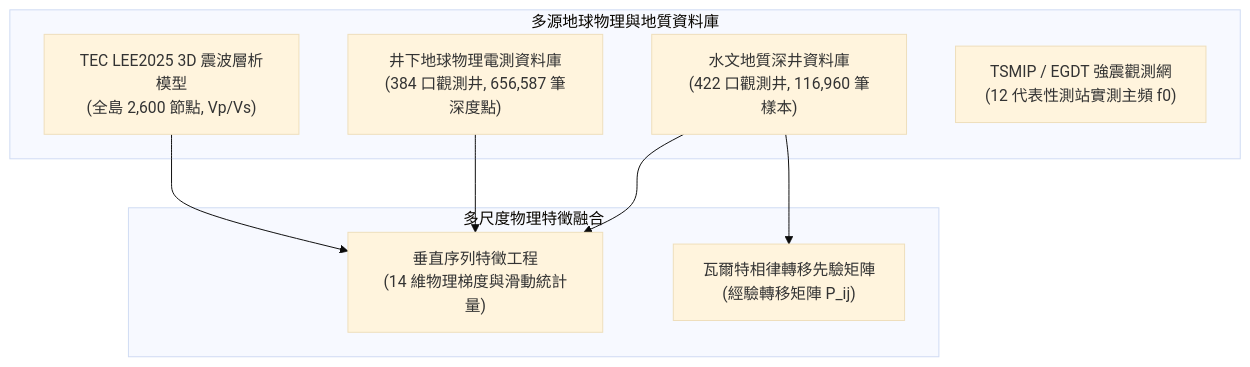
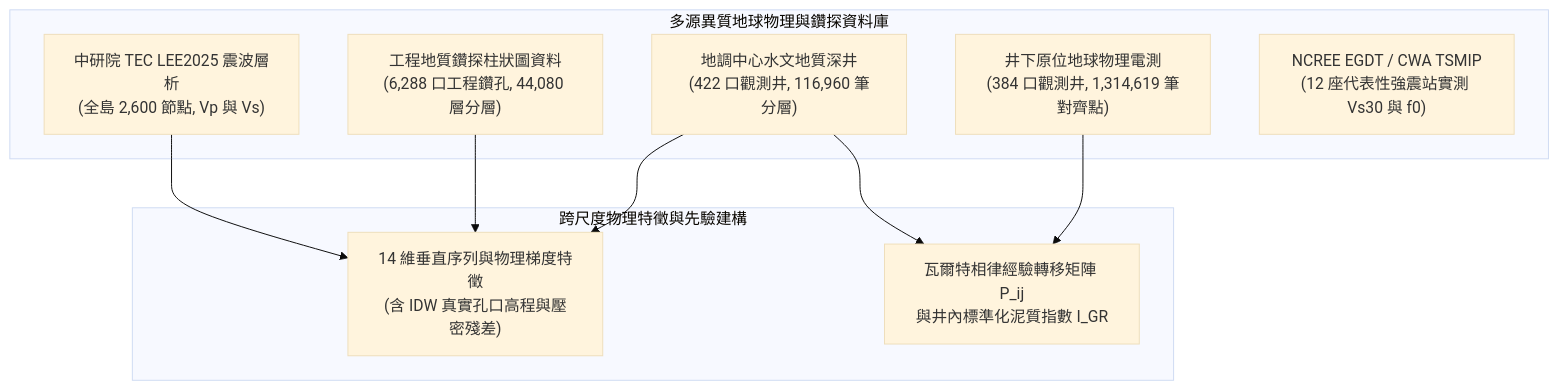
One commit to LittleCatAlex/TAGES-Evo changed the first of 2 diagrams in docs/國際科展作品說明書_最新進度版_EAEV.md. Above: the diagram before and after it, drawn with Mermaid (base theme). The commit also changed other lines of this file and 21 other files, not shown here.

Commit message:
feat(data): integrate 6,288 engineering boreholes, retrain subsurface models, and update science fair documentation

````diff
--- a/docs/國際科展作品說明書_最新進度版_EAEV.md
+++ b/docs/國際科展作品說明書_最新進度版_EAEV.md
@@ -115,19 +109,21 @@
 ```mermaid
 flowchart TD
-    subgraph Data_Sources["多源地球物理與地質資料庫"]
-        A["水文地質深井資料庫<br/>(422 口觀測井, 116,960 筆樣本)"]
-        B["井下地球物理電測資料庫<br/>(384 口觀測井, 656,587 筆深度點)"]
-        C["TEC LEE2025 3D 震波層析模型<br/>(全島 2,600 節點, Vp/Vs)"]
-        D["TSMIP / EGDT 強震觀測網<br/>(12 代表性測站實測主頻 f0)"]
+    subgraph Data_Sources["多源異質地球物理與鑽探資料庫"]
+        A["地調中心水文地質深井<br/>(422 口觀測井, 116,960 筆分層)"]
+        A2["工程地質鑽探柱狀圖資料<br/>(6,288 口工程鑽孔, 44,080 層分層)"]
+        B["井下原位地球物理電測<br/>(384 口觀測井, 1,314,619 筆對齊點)"]
+        C["中研院 TEC LEE2025 震波層析<br/>(全島 2,600 節點, Vp 與 Vs)"]
+        D["NCREE EGDT / CWA TSMIP<br/>(12 座代表性強震站實測 Vs30 與 f0)"]
     end
 
-    subgraph Feature_Engineering["多尺度物理特徵融合"]
-        E["垂直序列特徵工程<br/>(14 維物理梯度與滑動統計量)"]
-        F["瓦爾特相律轉移先驗矩陣<br/>(經驗轉移矩陣 P_ij)"]
+    subgraph Feature_Engineering["跨尺度物理特徵與先驗建構"]
+        E["14 維垂直序列與物理梯度特徵<br/>(含 IDW 真實孔口高程與壓密殘差)"]
+        F["瓦爾特相律經驗轉移矩陣 P_ij<br/>與井內標準化泥質指數 I_GR"]
     end
 
     A --> E
-    B --> E
+    A2 --> E
+    B --> F
     C --> E
     A --> F
 ```
````
